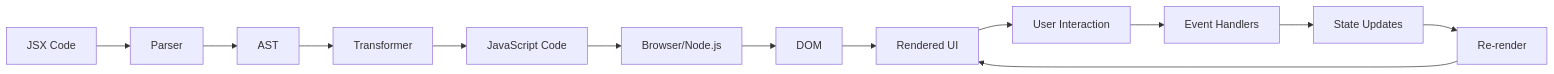
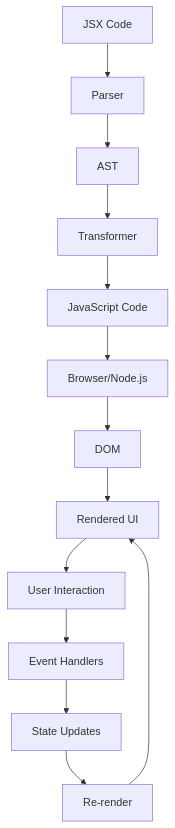
Before and after one commit to baaghinitesh/dailly-notes: the diagram in docs/notes/react/0_Overview/JSX_JavaScript__XML_Syntax_Sugar.md, drawn with Mermaid. The commit also changed 89 other files, not shown here.

Commit message:
fix 20 fixing te mermaid issue the visual diagram issue

````diff
--- a/docs/notes/react/0_Overview/JSX_JavaScript__XML_Syntax_Sugar.md
+++ b/docs/notes/react/0_Overview/JSX_JavaScript__XML_Syntax_Sugar.md
@@ -110,15 +110,15 @@
 ```mermaid
-graph LR
+graph TD
     A[JSX Code] --> B[Parser]
     B --> C[AST]
     C --> D[Transformer]
     D --> E[JavaScript Code]
     E --> F[Browser/Node.js]
     F --> G[DOM]
     G --> H[Rendered UI]
     H --> I[User Interaction]
     I --> J[Event Handlers]
     J --> K[State Updates]
     K --> L[Re-render]
     L --> H
 ```
````
